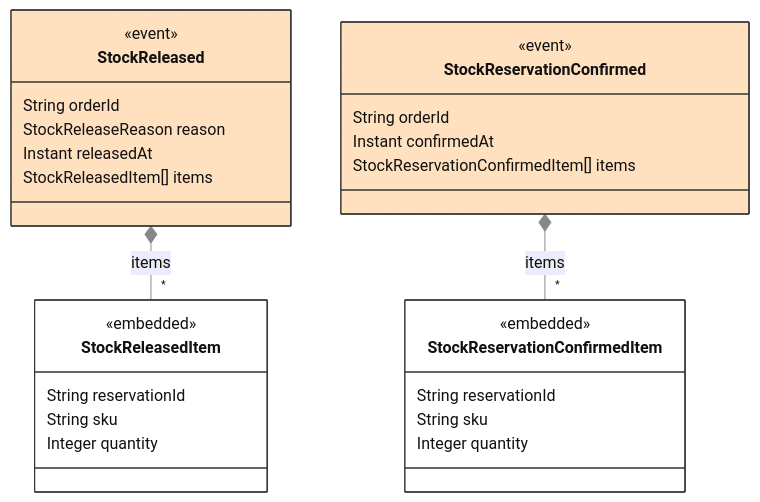
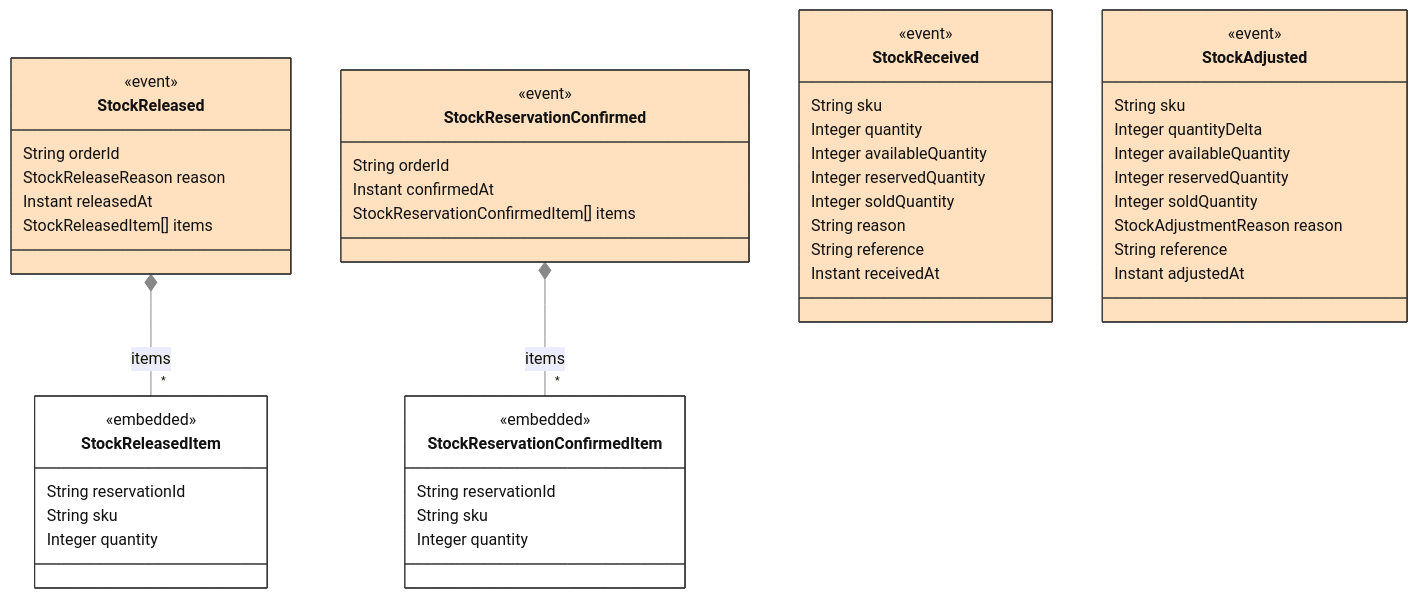
One commit to ZenWave360/dsl-kotlin changed the eighth of 8 diagrams in dsl-docs/src/commonTest/resources/snapshots/arcadia-modulith/modules/catalog-inventory.md. Above: the diagram before and after it, drawn with Mermaid. The commit also changed other lines of this file and 14 other files, not shown here.

Commit message:
feat(views,docs): service box label as in the ZDL, @json field types, one domain events diagram per ZDL

````diff
--- a/dsl-docs/src/commonTest/resources/snapshots/arcadia-modulith/modules/catalog-inventory.md
+++ b/dsl-docs/src/commonTest/resources/snapshots/arcadia-modulith/modules/catalog-inventory.md
@@ -282,41 +278,65 @@
 ```mermaid
 ---
 config:
   theme: default
   themeVariables:
     lineColor: "#888888"
     edgeLabelBackground: "#ffffff"
 ---
 classDiagram
     class StockReleased {
         <<event>>
         String orderId
         StockReleaseReason reason
         Instant releasedAt
         StockReleasedItem[] items
     }
     class StockReleasedItem {
         <<embedded>>
         String reservationId
         String sku
         Integer quantity
     }
     class StockReservationConfirmed {
         <<event>>
         String orderId
         Instant confirmedAt
         StockReservationConfirmedItem[] items
     }
     class StockReservationConfirmedItem {
         <<embedded>>
         String reservationId
         String sku
         Integer quantity
     }
+    class StockReceived {
+        <<event>>
+        String sku
+        Integer quantity
+        Integer availableQuantity
+        Integer reservedQuantity
+        Integer soldQuantity
+        String reason
+        String reference
+        Instant receivedAt
+    }
+    class StockAdjusted {
+        <<event>>
+        String sku
+        Integer quantityDelta
+        Integer availableQuantity
+        Integer reservedQuantity
+        Integer soldQuantity
+        StockAdjustmentReason reason
+        String reference
+        Instant adjustedAt
+    }
     StockReleased *-- "*" StockReleasedItem : items
     StockReservationConfirmed *-- "*" StockReservationConfirmedItem : items
     style StockReleased fill:#ffe0bf,stroke:#333333,color:#111111
     style StockReleasedItem fill:#ffffff,stroke:#333333,color:#111111
     style StockReservationConfirmed fill:#ffe0bf,stroke:#333333,color:#111111
     style StockReservationConfirmedItem fill:#ffffff,stroke:#333333,color:#111111
+    style StockReceived fill:#ffe0bf,stroke:#333333,color:#111111
+    style StockAdjusted fill:#ffe0bf,stroke:#333333,color:#111111
 ```
````
